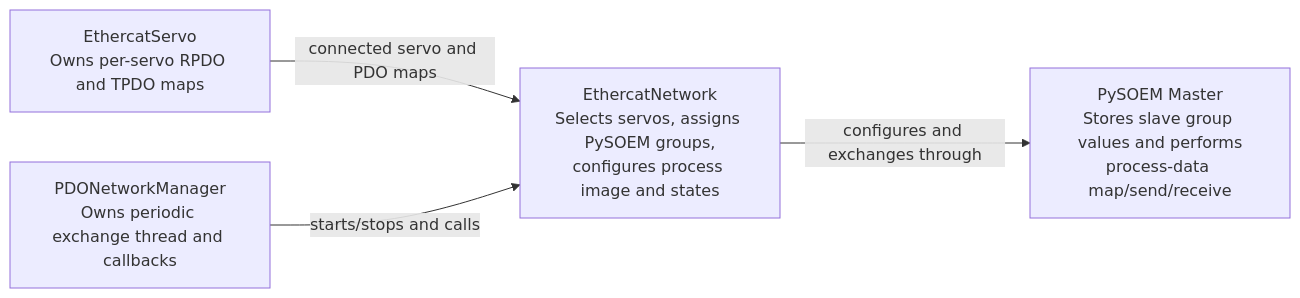
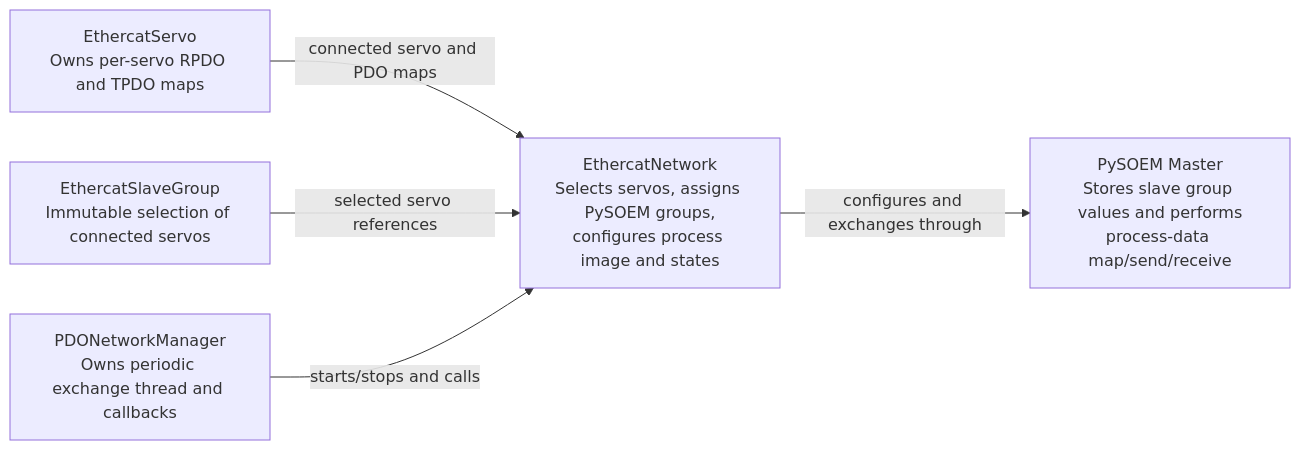
The first of 2 diagrams in tech_docs/ethercat-pdo-groups-and-lifecycle.md (ingeniamc/ingenialink-python), drawn with Mermaid before and after one commit. The commit also changed other lines of this file and 7 other files, not shown here.

Commit message:
INGK-1323 add EthercatSlaveGroup

````diff
--- a/tech_docs/ethercat-pdo-groups-and-lifecycle.md
+++ b/tech_docs/ethercat-pdo-groups-and-lifecycle.md
@@ -27,11 +30,13 @@
 ```mermaid
 flowchart LR
   Servo["EthercatServo<br/>Owns per-servo RPDO and TPDO maps"]
+  Group["EthercatSlaveGroup<br/>Immutable selection of connected servos"]
   Network["EthercatNetwork<br/>Selects servos, assigns PySOEM groups,<br/>configures process image and states"]
   Manager["PDONetworkManager<br/>Owns periodic exchange thread and callbacks"]
   Master["PySOEM Master<br/>Stores slave group values and performs<br/>process-data map/send/receive"]
 
   Servo -->|connected servo and PDO maps| Network
+  Group -->|selected servo references| Network
   Manager -->|starts/stops and calls| Network
   Network -->|configures and exchanges through| Master
 ```
````
